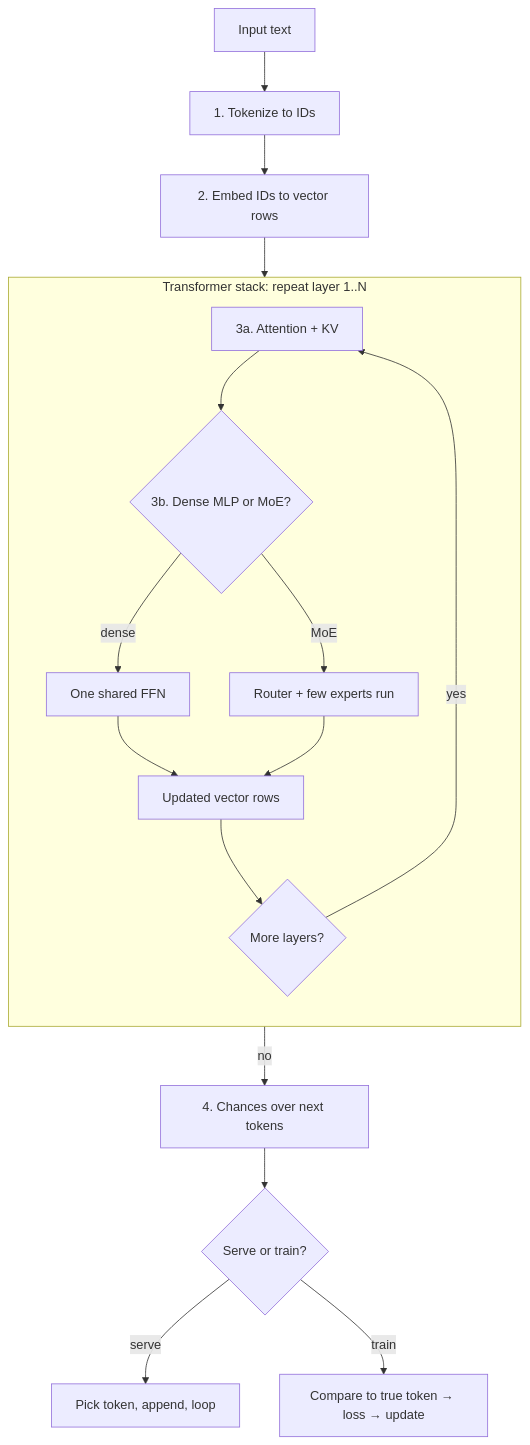
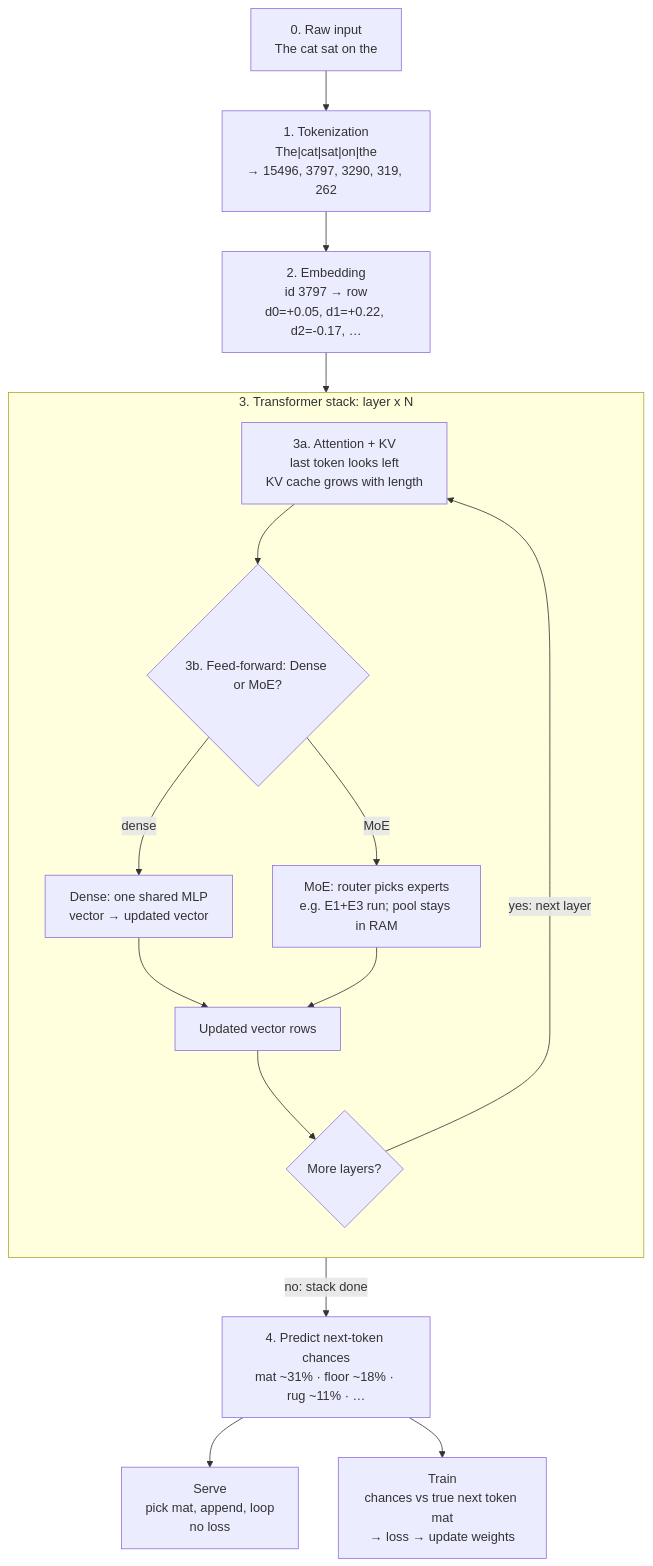
The second of 2 diagrams in README.md (Vince-0/AI_Theory), drawn with Mermaid before and after one commit. The commit also changed other lines of this file, not shown here.

Commit message:
Align Mermaid step names and add abbreviated toy data examples.
One decode step is the overview; full flow zooms the same numbered pipeline.

````diff
--- a/README.md
+++ b/README.md
@@ -73,27 +82,45 @@
 ```mermaid
 flowchart TD
-  inputText["Input text"] --> tokenize["1. Tokenize to IDs"]
-  tokenize --> embed["2. Embed IDs to vector rows"]
+  s0["0. Raw input
+The cat sat on the"]
+  s1["1. Tokenization
+The|cat|sat|on|the
+→ 15496, 3797, 3290, 319, 262"]
+  s2["2. Embedding
+id 3797 → row
+d0=+0.05, d1=+0.22, d2=-0.17, …"]
 
-  subgraph transformerStack ["Transformer stack: repeat layer 1..N"]
+  subgraph s3 ["3. Transformer stack: layer x N"]
     direction TB
-    attention["3a. Attention + KV"]
-    denseOrMoe{"3b. Dense MLP or MoE?"}
-    denseMlp["One shared FFN"]
-    moePath["Router + few experts run"]
-    nextHidden["Updated vector rows"]
-    moreLayers{"More layers?"}
+    s3a["3a. Attention + KV
+last token looks left
+KV cache grows with length"]
+    s3b{"3b. Feed-forward: Dense or MoE?"}
+    dense["Dense: one shared MLP
+vector → updated vector"]
+    moe["MoE: router picks experts
+e.g. E1+E3 run; pool stays in RAM"]
+    updated["Updated vector rows"]
+    more{"More layers?"}
 
-    attention --> denseOrMoe
-    denseOrMoe -->|dense| denseMlp --> nextHidden
-    denseOrMoe -->|MoE| moePath --> nextHidden
-    nextHidden --> moreLayers
-    moreLayers -->|"yes"| attention
+    s3a --> s3b
+    s3b -->|dense| dense --> updated
+    s3b -->|MoE| moe --> updated
+    updated --> more
+    more -->|"yes: next layer"| s3a
   end
 
-  embed --> attention
-  moreLayers -->|"no"| lmHead["4. Chances over next tokens"]
-  lmHead --> branch{"Serve or train?"}
-  branch -->|serve| pickToken["Pick token, append, loop"]
-  branch -->|train| loss["Compare to true token → loss → update"]
+  s4["4. Predict next-token chances
+mat ~31% · floor ~18% · rug ~11% · …"]
+  serve["Serve
+pick mat, append, loop
+no loss"]
+  train["Train
+chances vs true next token mat
+→ loss → update weights"]
+
+  s0 --> s1 --> s2 --> s3a
+  more -->|"no: stack done"| s4
+  s4 --> serve
+  s4 --> train
 ```
````
